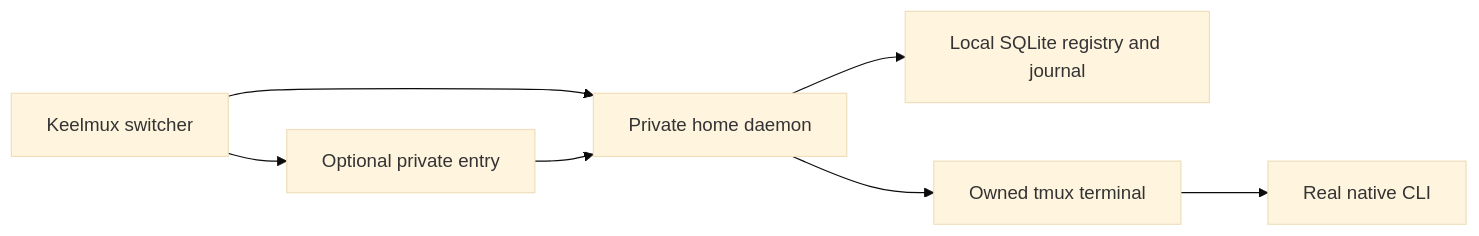
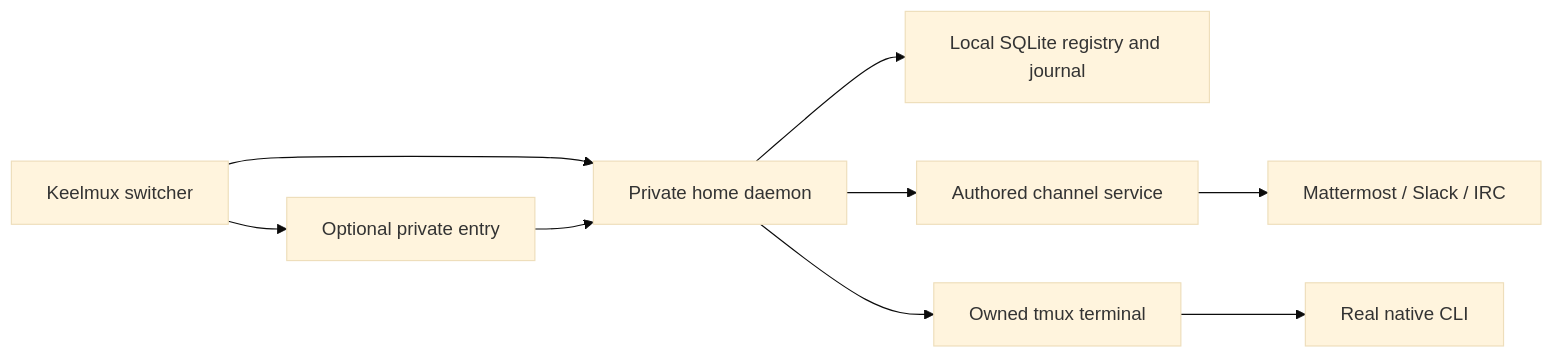
The diagram in docs/user/architecture.md (seanheiney/keelmux), drawn with Mermaid (base theme) before and after one commit. The commit also changed other lines of this file and 5 other files, not shown here.

````diff
--- a/docs/user/architecture.md
+++ b/docs/user/architecture.md
@@ -5,9 +5,11 @@
 ```mermaid
 flowchart LR
   Client[Keelmux switcher] --> Home[Private home daemon]
   Entry[Optional private entry] --> Home
   Client --> Entry
   Home --> State[Local SQLite registry and journal]
+  Home --> Channels[Authored channel service]
+  Channels --> Chat[Mattermost / Slack / IRC]
   Home --> Terminal[Owned tmux terminal]
   Terminal --> CLI[Real native CLI]
 ```
````
